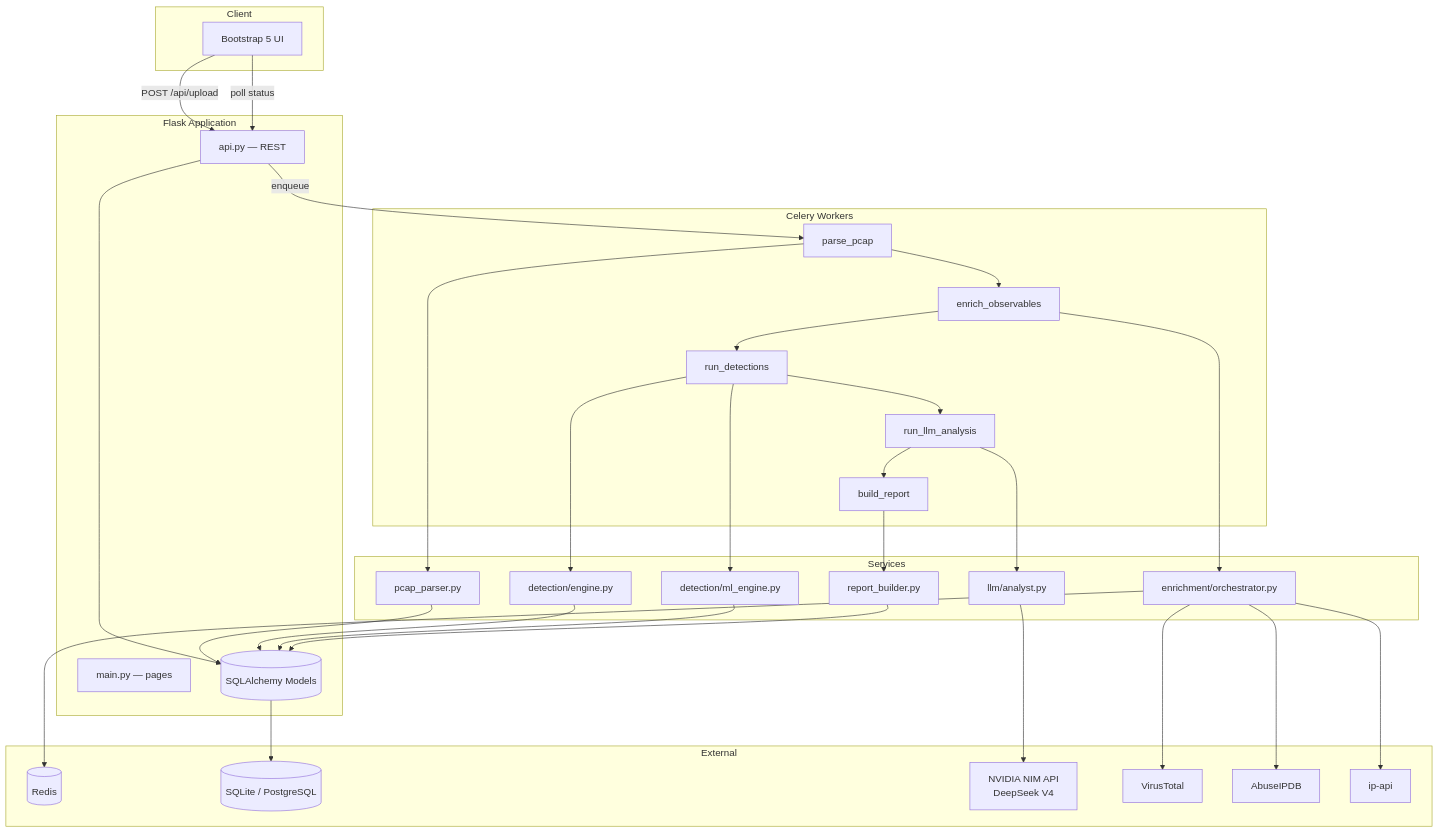
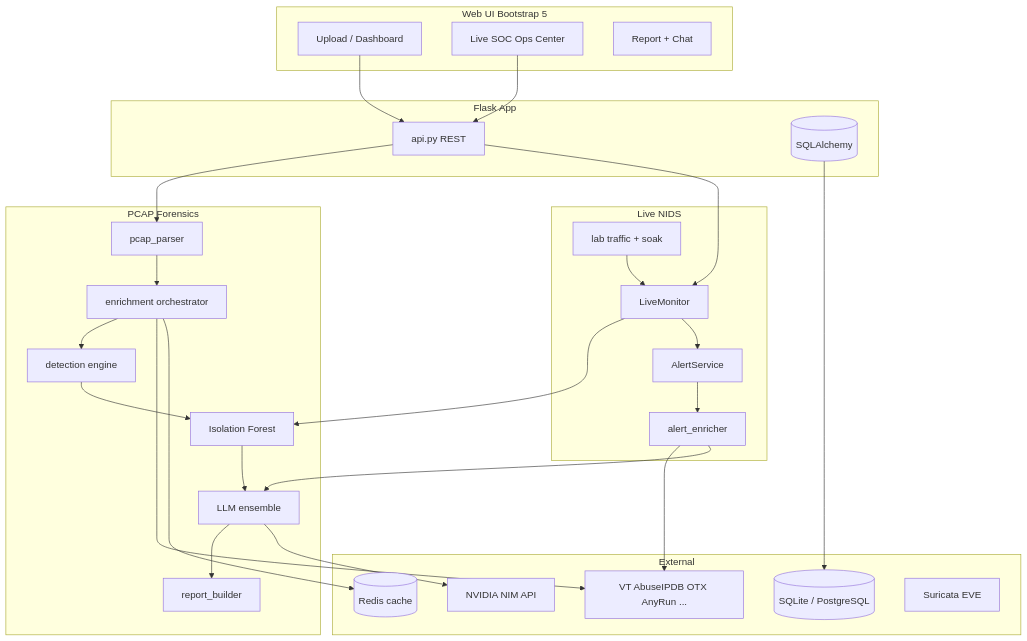
The diagram in README.md (Sergeb250/packetEye), drawn with Mermaid before and after one commit. The commit also changed other lines of this file and 80 other files, not shown here.

First line of the commit message:
feat: live ops center, NIDS soak testing, LLM ensemble, and OSINT enrichment

````diff
--- a/README.md
+++ b/README.md
@@ -52,54 +420,52 @@
 ```mermaid
 flowchart TB
-    subgraph Client
-        Browser[Bootstrap 5 UI]
+    subgraph ui [Web UI Bootstrap 5]
+        Upload[Upload / Dashboard]
+        LiveOps[Live SOC Ops Center]
+        Report[Report + Chat]
     end
 
-    subgraph Flask["Flask Application"]
-        MainRoutes[main.py — pages]
-        APIRoutes[api.py — REST]
-        Models[(SQLAlchemy Models)]
+    subgraph flask [Flask App]
+        API[api.py REST]
+        Models[(SQLAlchemy)]
     end
 
-    subgraph Workers["Celery Workers"]
-        T1[parse_pcap]
-        T2[enrich_observables]
-        T3[run_detections]
-        T4[run_llm_analysis]
-        T5[build_report]
+    subgraph forensics [PCAP Forensics]
+        Parse[pcap_parser]
+        Enrich[enrichment orchestrator]
+        Detect[detection engine]
+        ML[Isolation Forest]
+        LLM[LLM ensemble]
+        RB[report_builder]
     end
 
-    subgraph Services
-        Parser[pcap_parser.py]
-        Enrich[enrichment/orchestrator.py]
-        Detect[detection/engine.py]
-        ML[detection/ml_engine.py]
-        LLM[llm/analyst.py]
-        Report[report_builder.py]
+    subgraph live [Live NIDS]
+        Monitor[LiveMonitor]
+        Alerts[AlertService]
+        Enricher[alert_enricher]
+        Lab[lab traffic + soak]
     end
 
-    subgraph External
-        Redis[(Redis)]
-        SQLite[(SQLite / PostgreSQL)]
-        NVIDIA[NVIDIA NIM API\nDeepSeek V4]
-        VT[VirusTotal]
-        AIPDB[AbuseIPDB]
-        Geo[ip-api]
+    subgraph external [External]
+        Redis[(Redis cache)]
+        DB[(SQLite / PostgreSQL)]
+        NVIDIA[NVIDIA NIM API]
+        OSINT[VT AbuseIPDB OTX AnyRun ...]
+        Suricata[Suricata EVE]
     end
 
-    Browser -->|POST /api/upload| APIRoutes
-    Browser -->|poll status| APIRoutes
-    APIRoutes --> Models
-    APIRoutes -->|enqueue| T1
-    T1 --> Parser --> Models
-    T1 --> T2
-    T2 --> Enrich --> VT & AIPDB & Geo
+    Upload --> API
+    LiveOps --> API
+    API --> Parse --> Enrich --> Detect
+    Detect --> ML --> LLM --> RB
+    API --> Monitor
+    Monitor --> ML
+    Monitor --> Alerts --> Enricher
+    Lab --> Monitor
+    Enrich --> OSINT
+    LLM --> NVIDIA
+    Enricher --> OSINT
+    Enricher --> LLM
+    Models --> DB
     Enrich --> Redis
-    T2 --> T3
-    T3 --> Detect & ML --> Models
-    T3 --> T4
-    T4 --> LLM --> NVIDIA
-    T4 --> T5
-    T5 --> Report --> Models
-    Models --> SQLite
 ```
````
